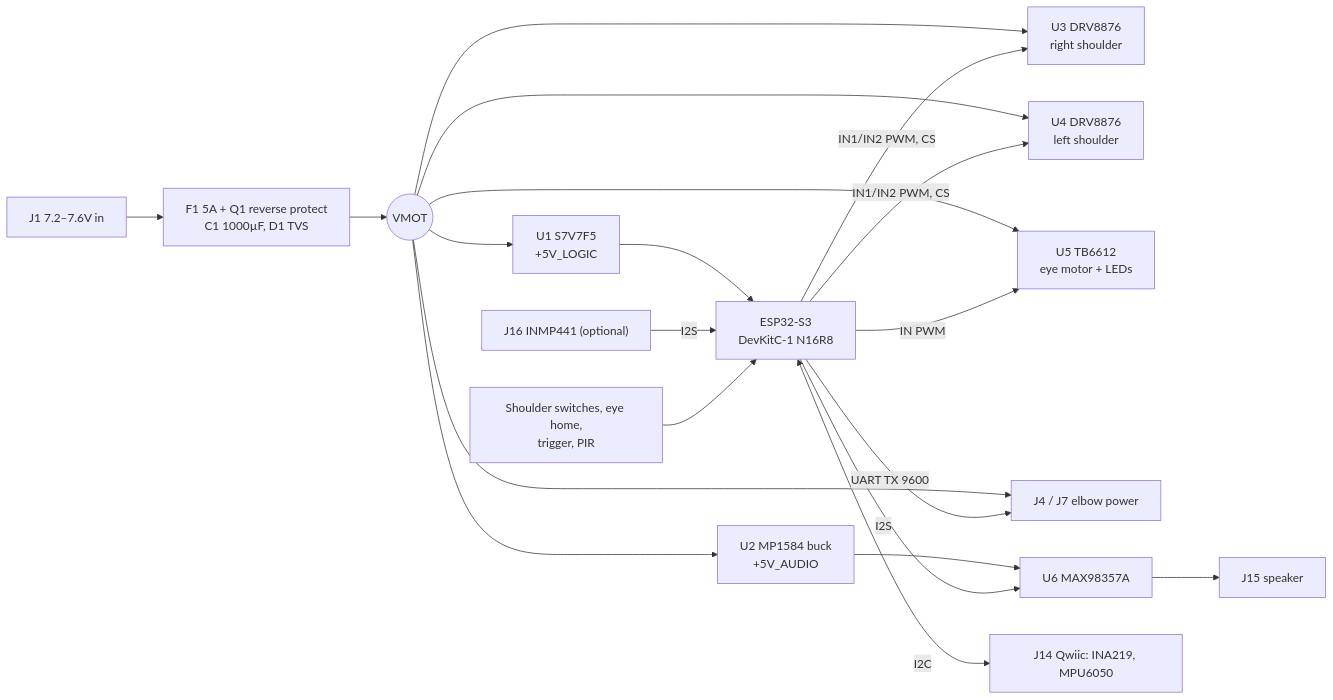
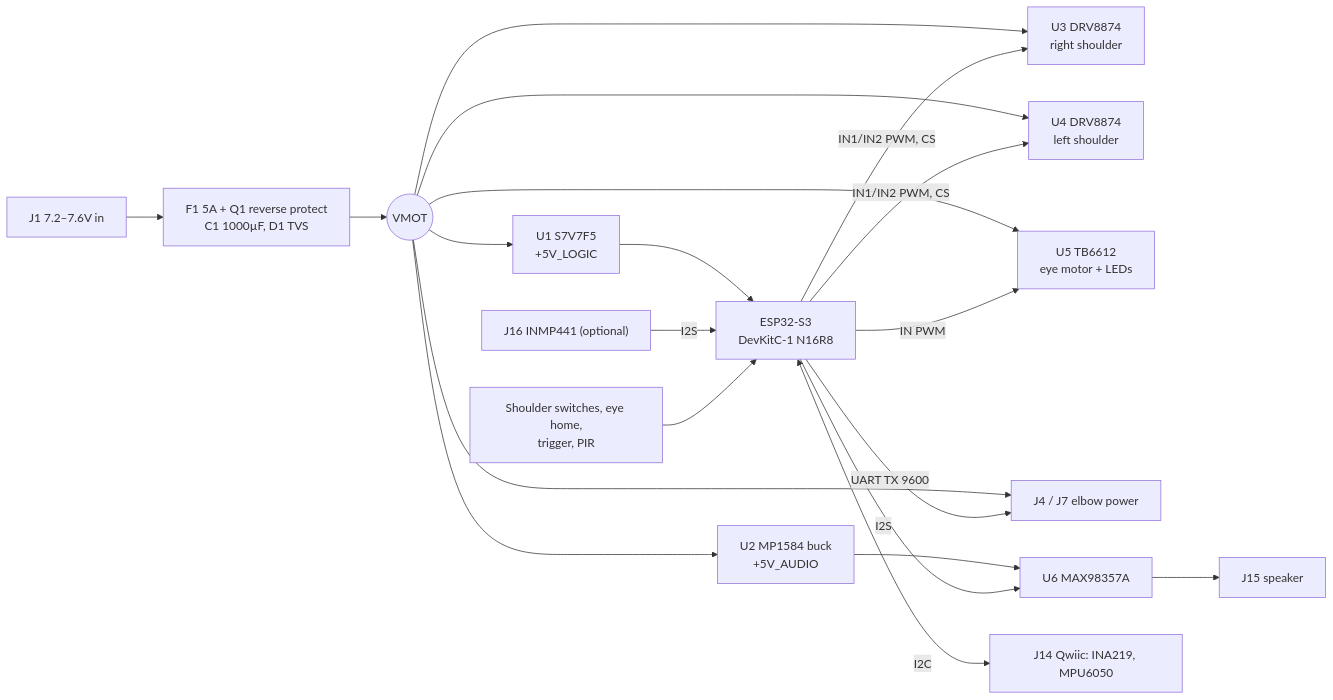
Before and after one commit to tombatron/freddy-animatronic: the diagram in docs/phase2-pcb.md, drawn with Mermaid. The commit also changed other lines of this file and 13 other files, not shown here.

````diff
--- a/docs/phase2-pcb.md
+++ b/docs/phase2-pcb.md
@@ -23,20 +23,20 @@
 ```mermaid
 flowchart LR
     J1["J1 7.2–7.6V in"] --> F1["F1 5A + Q1 reverse protect<br/>C1 1000µF, D1 TVS"]
     F1 --> VMOT(("VMOT"))
     VMOT --> U1["U1 S7V7F5<br/>+5V_LOGIC"]
     VMOT --> U2["U2 MP1584 buck<br/>+5V_AUDIO"]
-    VMOT --> U3["U3 DRV8876<br/>right shoulder"]
-    VMOT --> U4["U4 DRV8876<br/>left shoulder"]
+    VMOT --> U3["U3 DRV8874<br/>right shoulder"]
+    VMOT --> U4["U4 DRV8874<br/>left shoulder"]
     VMOT --> U5["U5 TB6612<br/>eye motor + LEDs"]
     VMOT --> EL["J4 / J7 elbow power"]
     U1 --> ESP["ESP32-S3<br/>DevKitC-1 N16R8"]
     U2 --> AMP["U6 MAX98357A"] --> SPK["J15 speaker"]
     ESP -- "IN1/IN2 PWM, CS" --> U3 & U4
     ESP -- "IN PWM" --> U5
     ESP -- "UART TX 9600" --> EL
     ESP -- "I2S" --> AMP
     MIC["J16 INMP441 (optional)"] -- I2S --> ESP
     SW["Shoulder switches, eye home,<br/>trigger, PIR"] --> ESP
     ESP <-- I2C --> Q["J14 Qwiic: INA219, MPU6050"]
 ```
````
